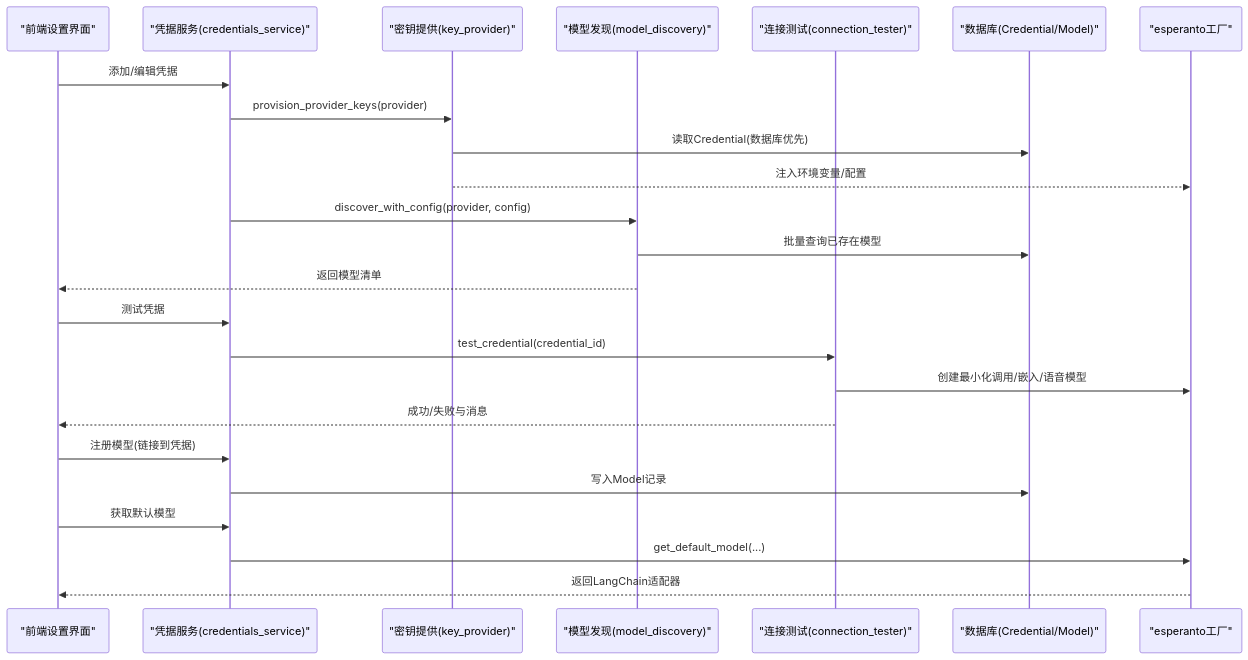
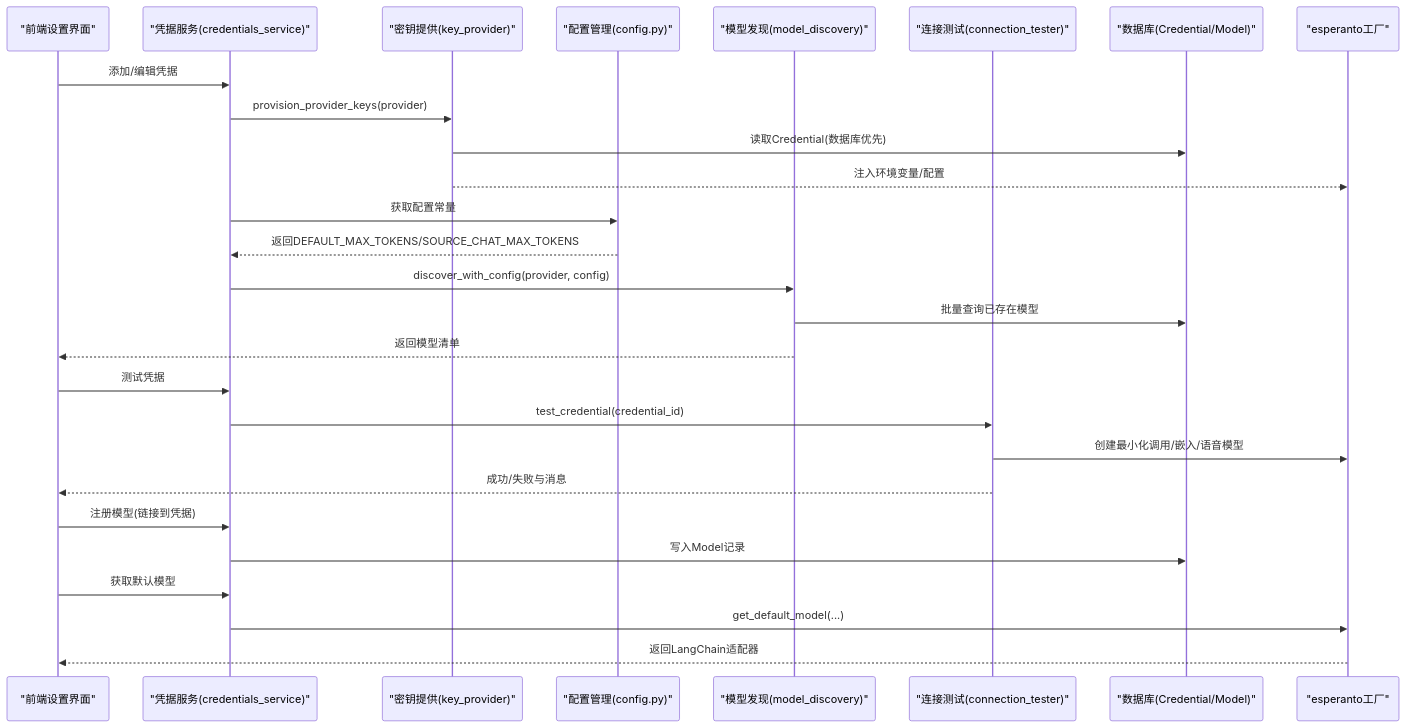
Before and after one commit to jackeyunjie/open-notebook: the second of 8 diagrams in .qoder/repowiki/zh/content/后端架构/AI服务集成/AI服务集成.md, drawn with Mermaid. The commit also changed other lines of this file and 51 other files, not shown here.

````diff
--- a/.qoder/repowiki/zh/content/后端架构/AI服务集成/AI服务集成.md
+++ b/.qoder/repowiki/zh/content/后端架构/AI服务集成/AI服务集成.md
@@ -133,26 +171,29 @@
 ```mermaid
 sequenceDiagram
 participant UI as "前端设置界面"
 participant SVC as "凭据服务(credentials_service)"
 participant KEY as "密钥提供(key_provider)"
+participant CFG as "配置管理(config.py)"
 participant DISC as "模型发现(model_discovery)"
 participant TEST as "连接测试(connection_tester)"
 participant DB as "数据库(Credential/Model)"
 participant MF as "esperanto工厂"
 UI->>SVC : 添加/编辑凭据
 SVC->>KEY : provision_provider_keys(provider)
 KEY->>DB : 读取Credential(数据库优先)
 KEY-->>MF : 注入环境变量/配置
+SVC->>CFG : 获取配置常量
+CFG-->>SVC : 返回DEFAULT_MAX_TOKENS/SOURCE_CHAT_MAX_TOKENS
 SVC->>DISC : discover_with_config(provider, config)
 DISC->>DB : 批量查询已存在模型
 DISC-->>UI : 返回模型清单
 UI->>SVC : 测试凭据
 SVC->>TEST : test_credential(credential_id)
 TEST->>MF : 创建最小化调用/嵌入/语音模型
 TEST-->>UI : 成功/失败与消息
 UI->>SVC : 注册模型(链接到凭据)
 SVC->>DB : 写入Model记录
 UI->>SVC : 获取默认模型
 SVC->>MF : get_default_model(...)
 MF-->>UI : 返回LangChain适配器
 ```
````
